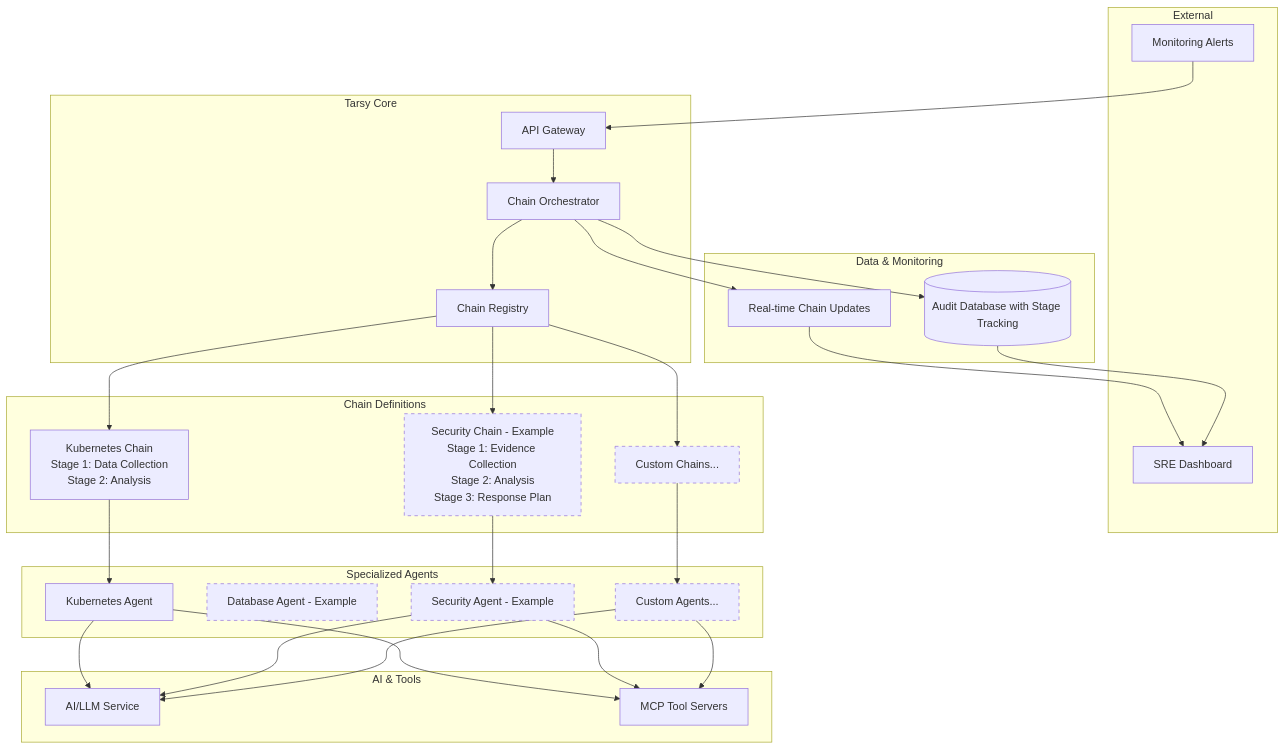
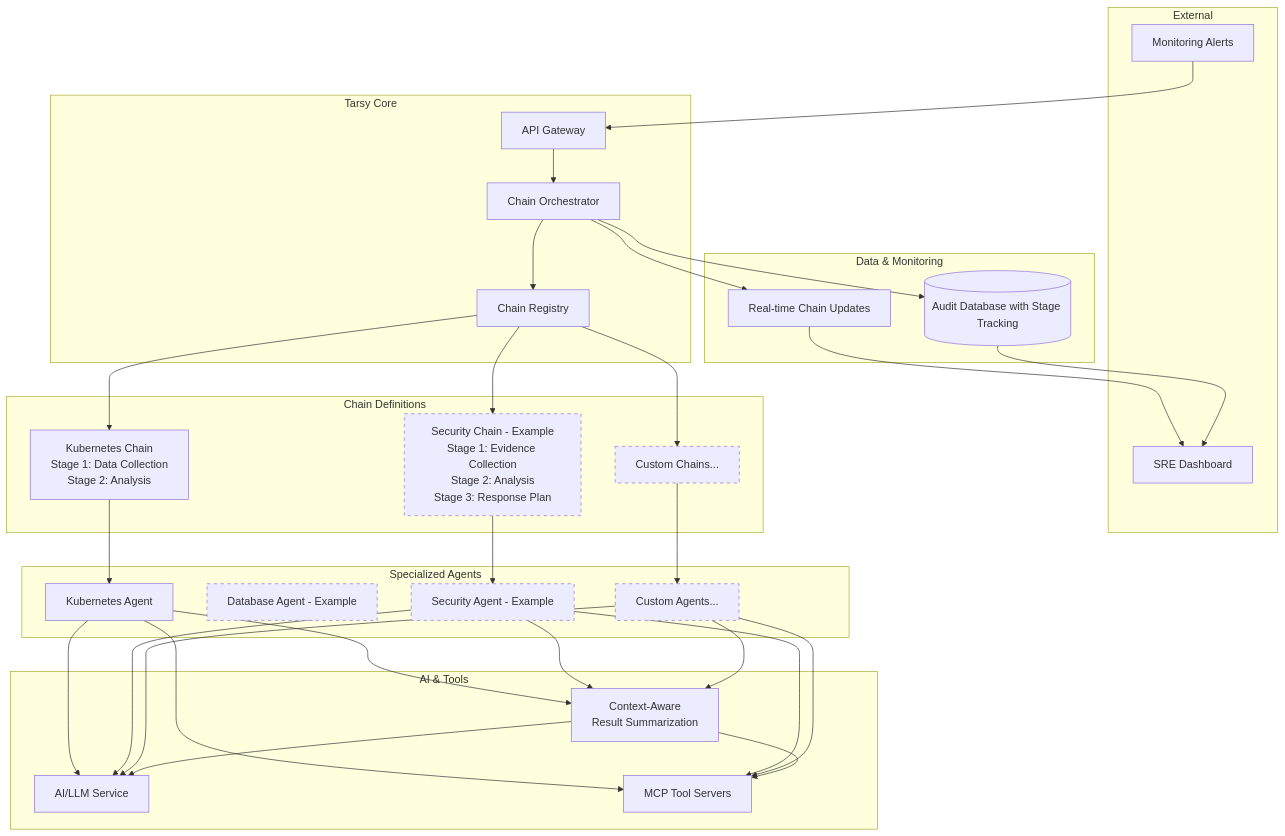
Before and after one commit to rsoaresd/tarsy-bot: the fourth of 4 diagrams in docs/architecture-overview.md, drawn with Mermaid. The commit also changed other lines of this file and 3 other files, not shown here.

First line of the commit message:
Fix max_tokens configuration for tool coll result summarization. (#46)

````diff
--- a/docs/architecture-overview.md
+++ b/docs/architecture-overview.md
@@ -120,65 +122,72 @@
 ```mermaid
 graph TB
     subgraph "External"
         Alerts[Monitoring Alerts]
         SRE[SRE Dashboard]
     end
     
     subgraph "Tarsy Core"
         API[API Gateway]
         Orchestrator[Chain Orchestrator]
         ChainRegistry[Chain Registry]
     end
     
     subgraph "Chain Definitions"
         Chain1[Kubernetes Chain<br/>Stage 1: Data Collection<br/>Stage 2: Analysis]
         Chain2[Security Chain - Example<br/>Stage 1: Evidence Collection<br/>Stage 2: Analysis<br/>Stage 3: Response Plan]
         Chain3[Custom Chains...]
     end
     
     subgraph "Specialized Agents"
         K8s[Kubernetes Agent]
         DB[Database Agent - Example]
         Security[Security Agent - Example]
         Custom[Custom Agents...]
     end
     
     subgraph "AI & Tools"
         LLM[AI/LLM Service]
         MCP[MCP Tool Servers]
+        Summarizer[Context-Aware<br/>Result Summarization]
     end
     
     subgraph "Data & Monitoring"
         History[(Audit Database with Stage Tracking)]
         WS[Real-time Chain Updates]
     end
     
     Alerts --> API
     API --> Orchestrator
     Orchestrator --> ChainRegistry
     ChainRegistry --> Chain1
     ChainRegistry --> Chain2
     ChainRegistry --> Chain3
     
     Chain1 --> K8s
     Chain2 --> Security
     Chain3 --> Custom
     
     K8s --> LLM
     K8s --> MCP
+    K8s --> Summarizer
     Security --> LLM
     Security --> MCP
+    Security --> Summarizer
     Custom --> LLM
     Custom --> MCP
+    Custom --> Summarizer
+    
+    Summarizer --> LLM
+    Summarizer --> MCP
     
     Orchestrator --> History
     Orchestrator --> WS
     WS --> SRE
     History --> SRE
     
     style Chain2 stroke-dasharray: 5 5
     style Chain3 stroke-dasharray: 5 5
     style DB stroke-dasharray: 5 5
     style Security stroke-dasharray: 5 5
     style Custom stroke-dasharray: 5 5
 ```
````
